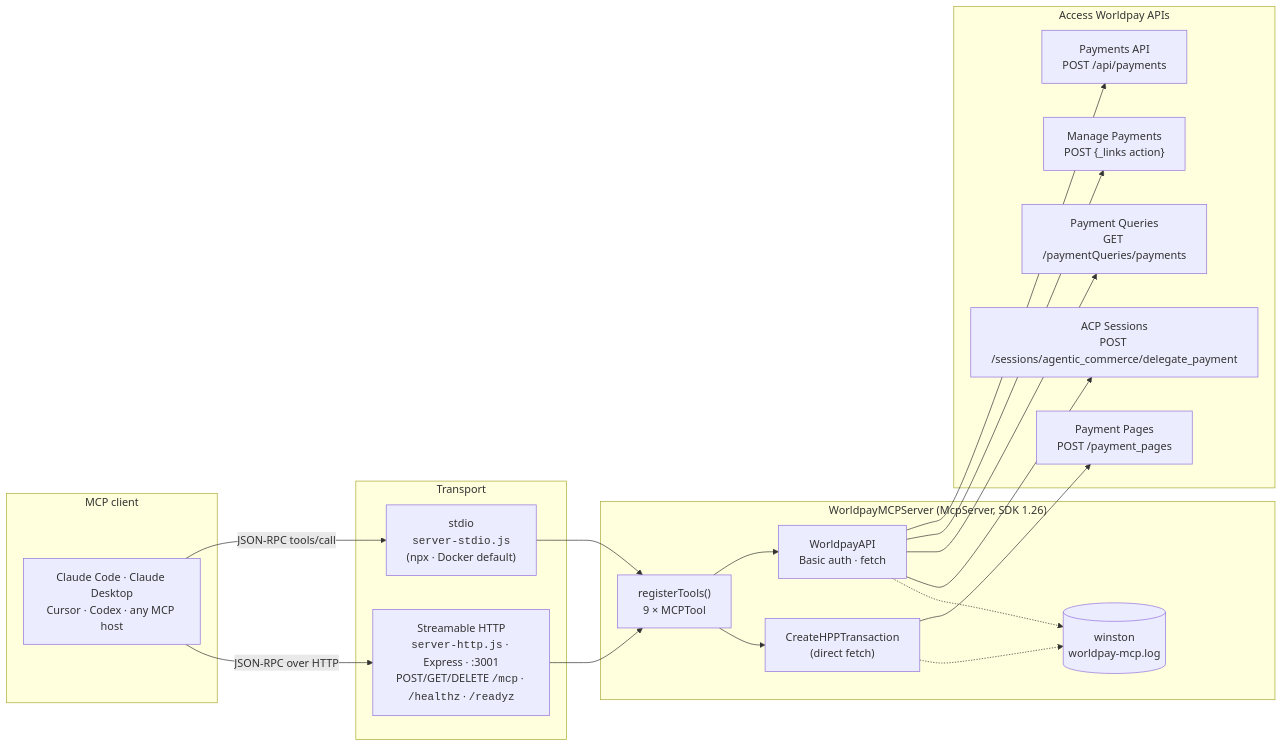
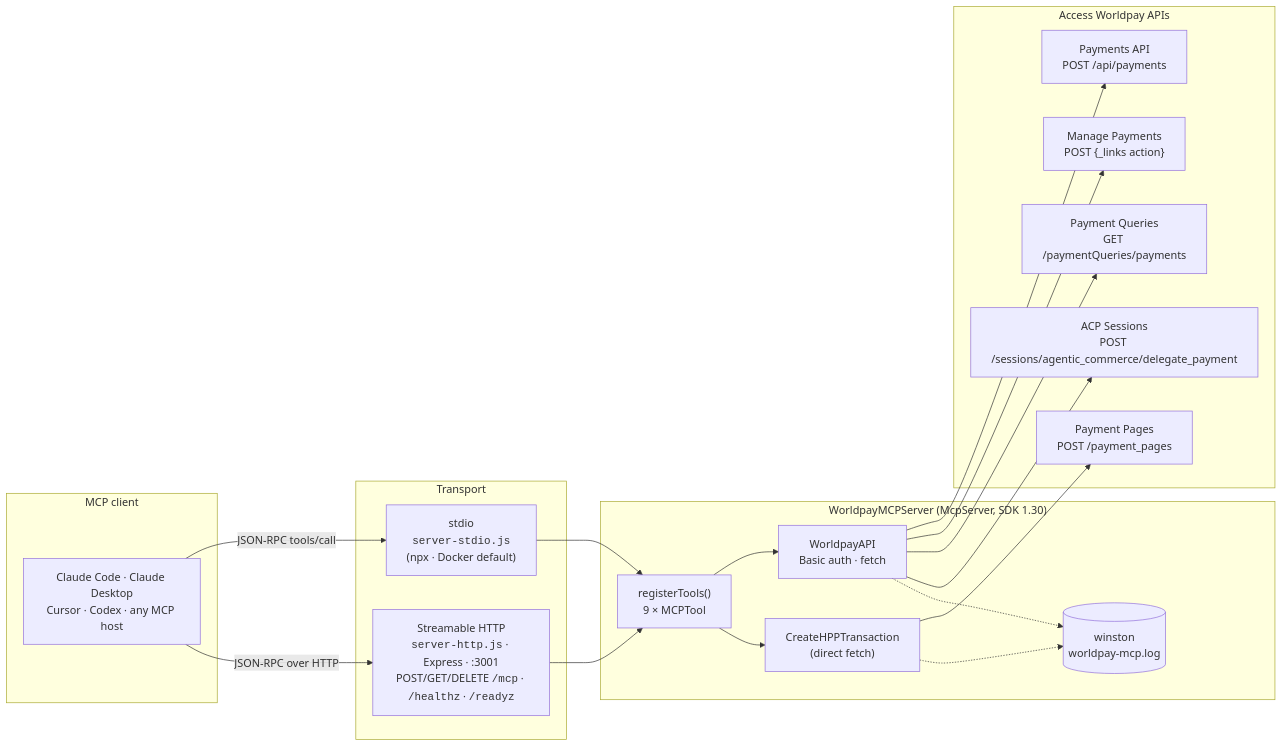
One commit to davendra/worldpay-mcp changed the first of 2 diagrams in README.md. Above: the diagram before and after it, drawn with Mermaid. The commit also changed other lines of this file and 7 other files, not shown here.

````diff
--- a/README.md
+++ b/README.md
@@ -62,40 +63,40 @@
 ```mermaid
 flowchart LR
     subgraph Client["MCP client"]
         LLM["Claude Code · Claude Desktop<br/>Cursor · Codex · any MCP host"]
     end
 
     subgraph Transport["Transport"]
         STDIO["stdio<br/><code>server-stdio.js</code><br/>(npx · Docker default)"]
         HTTP["Streamable HTTP<br/><code>server-http.js</code> · Express · :3001<br/>POST/GET/DELETE <code>/mcp</code> · <code>/healthz</code> · <code>/readyz</code>"]
     end
 
-    subgraph Server["WorldpayMCPServer (McpServer, SDK 1.26)"]
+    subgraph Server["WorldpayMCPServer (McpServer, SDK 1.30)"]
         REG["registerTools()<br/>9 × MCPTool"]
         API["WorldpayAPI<br/>Basic auth · fetch"]
         HPP["CreateHPPTransaction<br/>(direct fetch)"]
         LOG[("winston<br/>worldpay-mcp.log")]
     end
 
     subgraph Worldpay["Access Worldpay APIs"]
         PAY["Payments API<br/>POST /api/payments"]
         MAN["Manage Payments<br/>POST {_links action}"]
         QRY["Payment Queries<br/>GET /paymentQueries/payments"]
         PP["Payment Pages<br/>POST /payment_pages"]
         ACP["ACP Sessions<br/>POST /sessions/agentic_commerce/delegate_payment"]
     end
 
     LLM -- "JSON-RPC tools/call" --> STDIO
     LLM -- "JSON-RPC over HTTP" --> HTTP
     STDIO --> REG
     HTTP --> REG
     REG --> API
     REG --> HPP
     API --> PAY
     API --> MAN
     API --> QRY
     API --> ACP
     HPP --> PP
     API -.-> LOG
     HPP -.-> LOG
 ```
````
